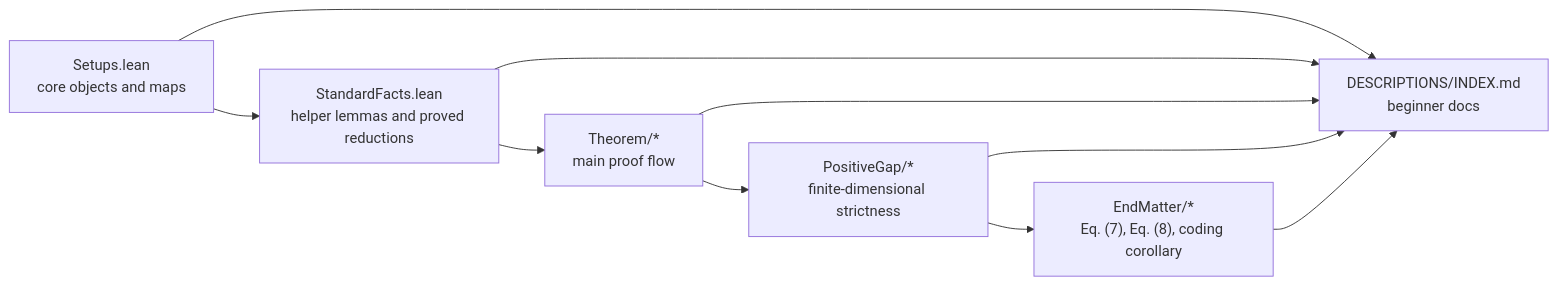
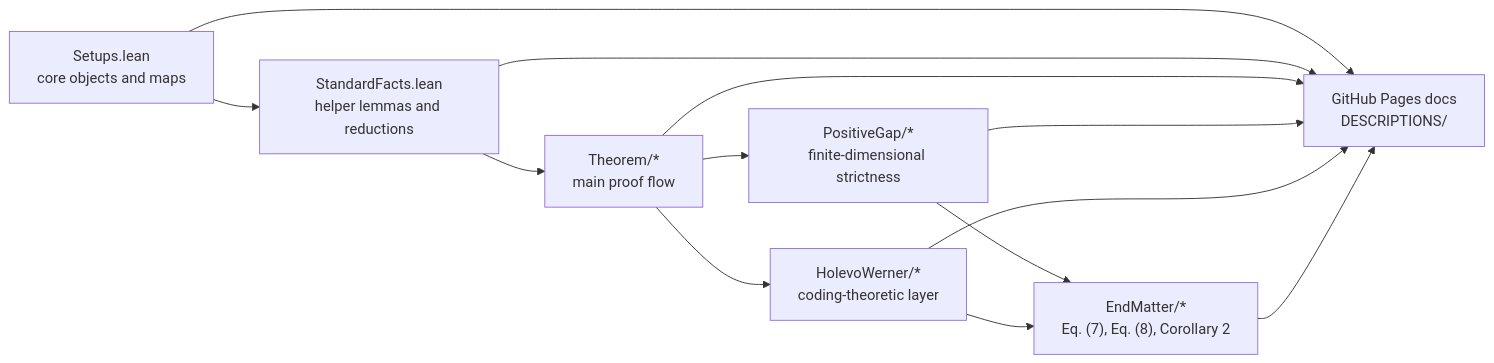
Before and after one commit to Aledo-Jun/diamond: the diagram in README.md, drawn with Mermaid. The commit also changed other lines of this file, not shown here.

````diff
--- a/README.md
+++ b/README.md
@@ -31,22 +50,26 @@
 ```mermaid
 flowchart LR
     accTitle: Diamond repo structure
     accDescr: High-level map of the repository from setup definitions to the main theorem, the positive-gap section, and the end-matter consequences.
 
     setups["Setups.lean<br/>core objects and maps"]
-    facts["StandardFacts.lean<br/>helper lemmas and proved reductions"]
+    facts["StandardFacts.lean<br/>helper lemmas and reductions"]
     theorem["Theorem/*<br/>main proof flow"]
     gap["PositiveGap/*<br/>finite-dimensional strictness"]
-    endm["EndMatter/*<br/>Eq. (7), Eq. (8), coding corollary"]
-    docs["DESCRIPTIONS/INDEX.md<br/>beginner docs"]
+    hw["HolevoWerner/*<br/>coding-theoretic layer"]
+    endm["EndMatter/*<br/>Eq. (7), Eq. (8), Corollary 2"]
+    docs["GitHub Pages docs<br/>DESCRIPTIONS/"]
 
     setups --> facts
     facts --> theorem
     theorem --> gap
+    theorem --> hw
     gap --> endm
+    hw --> endm
     setups --> docs
     facts --> docs
     theorem --> docs
     gap --> docs
+    hw --> docs
     endm --> docs
 ```
````
